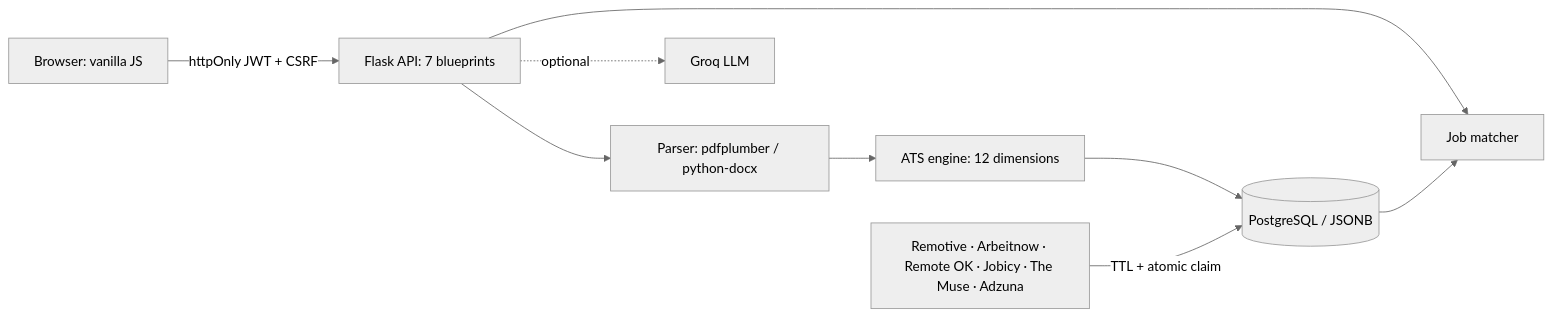
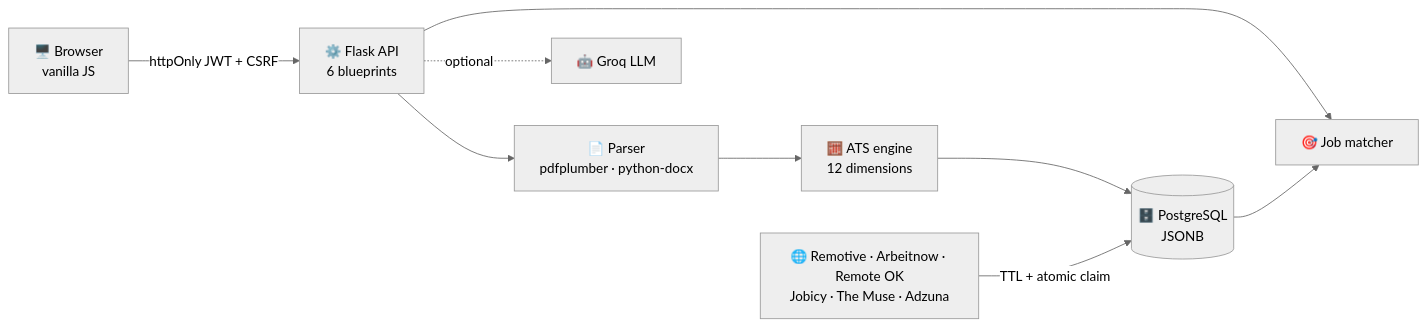
Before and after one commit to Krish033-source/Resume-Copilot: the first of 3 diagrams in README.md, drawn with Mermaid (neutral theme). The commit also changed other lines of this file, not shown here.

````diff
--- a/README.md
+++ b/README.md
@@ -33,11 +148,11 @@
 ```mermaid
 flowchart LR
-    U[Browser: vanilla JS] -->|httpOnly JWT + CSRF| API[Flask API: 7 blueprints]
-    API --> P[Parser: pdfplumber / python-docx]
-    P --> A[ATS engine: 12 dimensions]
-    A --> DB[(PostgreSQL / JSONB)]
-    API --> M[Job matcher]
-    S[Remotive · Arbeitnow · Remote OK · Jobicy · The Muse · Adzuna] -->|TTL + atomic claim| DB
+    U["🖥️ Browser<br/>vanilla JS"] -->|httpOnly JWT + CSRF| API["⚙️ Flask API<br/>6 blueprints"]
+    API --> P["📄 Parser<br/>pdfplumber · python-docx"]
+    P --> A["🧮 ATS engine<br/>12 dimensions"]
+    A --> DB[("🗄️ PostgreSQL<br/>JSONB")]
+    API --> M["🎯 Job matcher"]
+    S["🌐 Remotive · Arbeitnow · Remote OK<br/>Jobicy · The Muse · Adzuna"] -->|TTL + atomic claim| DB
     DB --> M
-    API -.optional.-> G[Groq LLM]
+    API -.optional.-> G["🤖 Groq LLM"]
 ```
````
